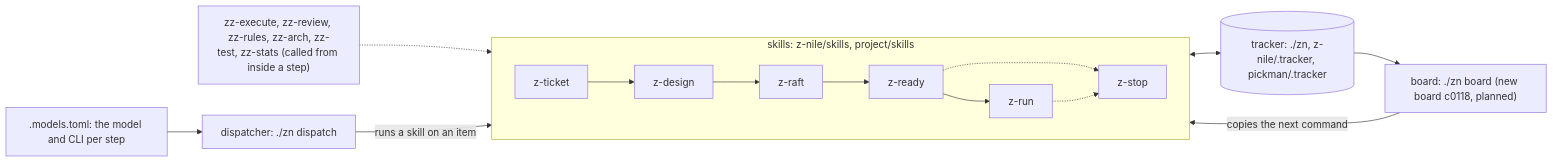
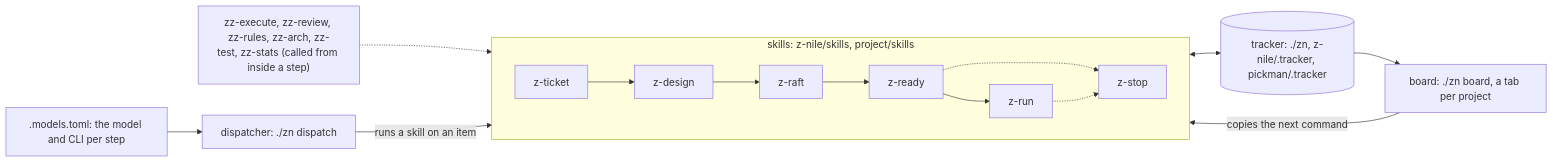
One commit to philipbergen/z-nile changed the first of 3 diagrams in z-nile/README.md. Above: the diagram before and after it, drawn with Mermaid. The commit also changed other lines of this file and 14 other files, not shown here.

````diff
--- a/z-nile/README.md
+++ b/z-nile/README.md
@@ -3,19 +3,19 @@
 ```mermaid
 flowchart LR
   subgraph skills["skills: z-nile/skills, project/skills"]
     direction LR
     zticket["z-ticket"] --> zdesign["z-design"] --> zraft["z-raft"] --> zready["z-ready"] --> zrun["z-run"]
     zready -.-> zstop["z-stop"]
     zrun -.-> zstop
   end
   steps["zz-execute, zz-review, zz-rules, zz-arch, zz-test, zz-stats (called from inside a step)"] -.-> skills
   tracker[("tracker: ./zn, z-nile/.tracker, pickman/.tracker")]
   models[".models.toml: the model and CLI per step"]
   dispatcher["dispatcher: ./zn dispatch"]
-  board["board: ./zn board (new board c0118, planned)"]
+  board["board: ./zn board, a tab per project"]
   skills <--> tracker
   models --> dispatcher
   dispatcher -->|"runs a skill on an item"| skills
   tracker --> board
   board -->|"copies the next command"| skills
 ```
````
